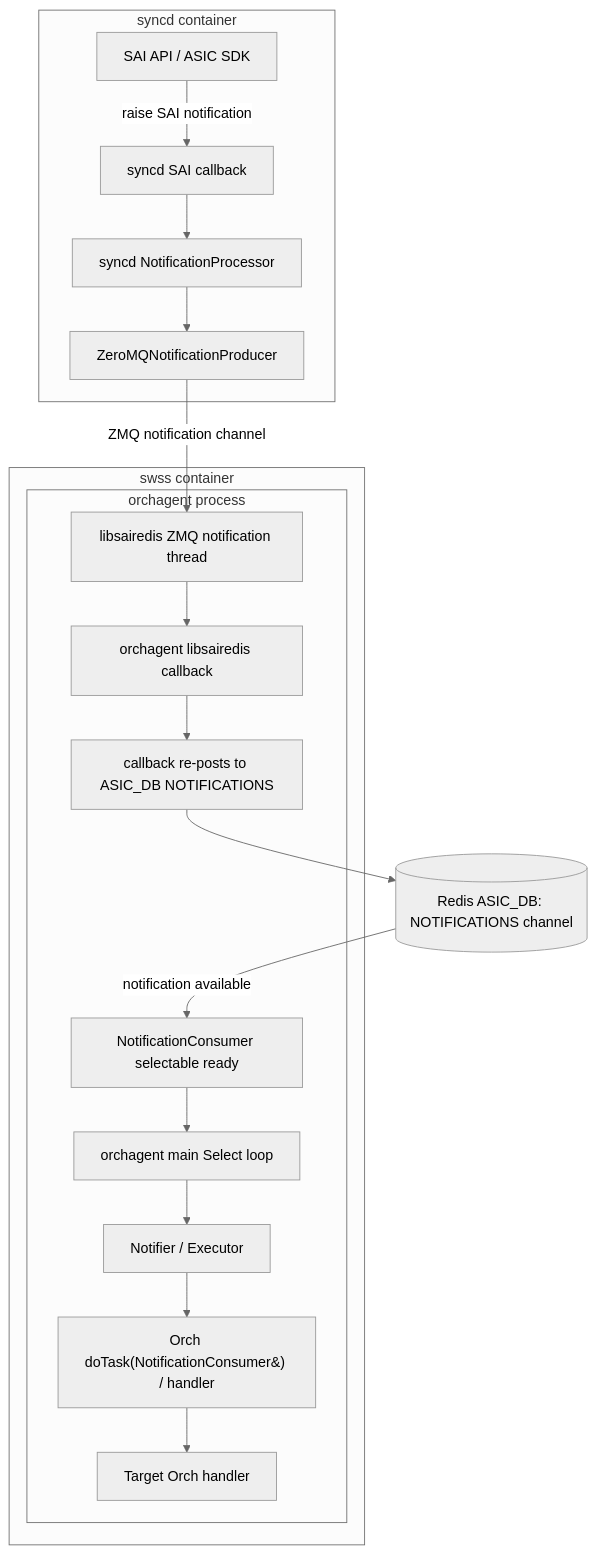
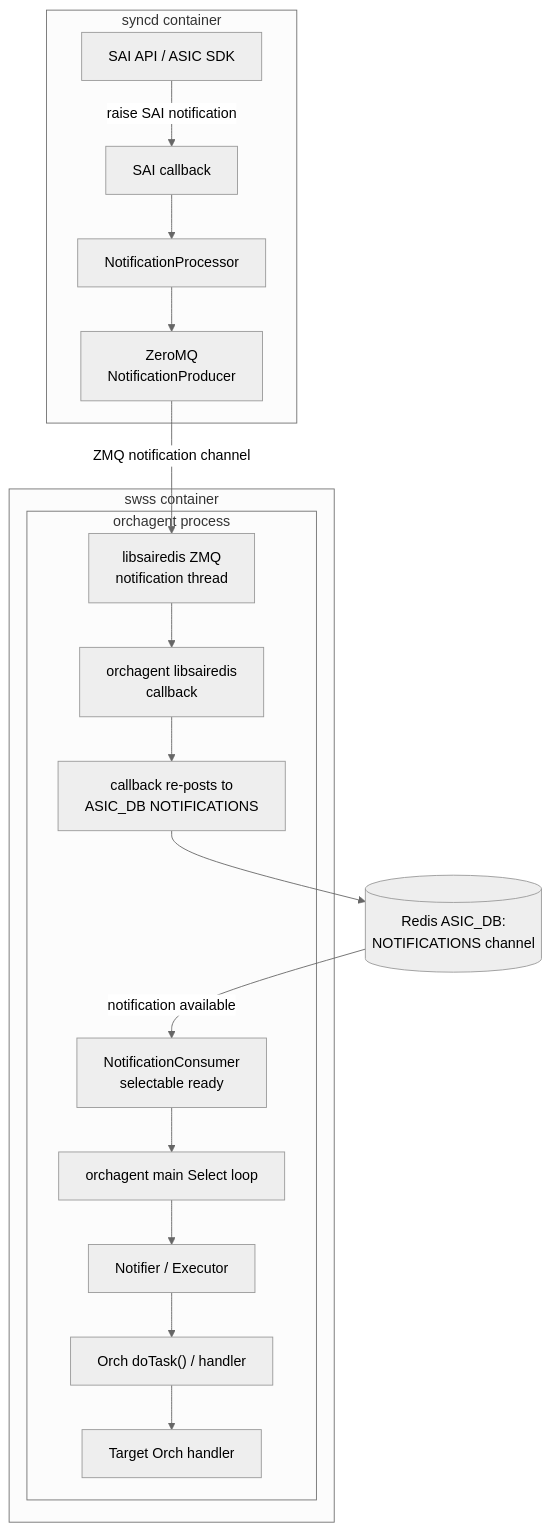
Before and after one commit to sonic-net/sonic-buildimage: the fourth of 11 diagrams in hld/zmq-southbound-sai-notification-handling.md, drawn with Mermaid (neutral theme). The commit also changed other lines of this file, not shown here.

Commit message:
Improve HLD Mermaid diagram rendering

````diff
--- a/hld/zmq-southbound-sai-notification-handling.md
+++ b/hld/zmq-southbound-sai-notification-handling.md
@@ -250,37 +250,37 @@
 ```mermaid
 flowchart TD
     subgraph syncdContainer["syncd container"]
         saiApi["SAI API / ASIC SDK"]
-        syncdCallback["syncd SAI callback"]
-        notificationProcessor["syncd NotificationProcessor"]
-        zmqProducer["ZeroMQNotificationProducer"]
+        syncdCallback["SAI callback"]
+        notificationProcessor["NotificationProcessor"]
+        zmqProducer["ZeroMQ<br/>NotificationProducer"]
     end
 
-    redisNotifications[("Redis ASIC_DB: NOTIFICATIONS channel")]
+    redisNotifications[("Redis ASIC_DB:<br/>NOTIFICATIONS channel")]
 
     subgraph swssContainer["swss container"]
         subgraph orchagentProcess["orchagent process"]
-            zmqThread["libsairedis ZMQ notification thread"]
-            saiCallback["orchagent libsairedis callback"]
-            redisRepost["callback re-posts to ASIC_DB NOTIFICATIONS"]
-            redisConsumerReady["NotificationConsumer selectable ready"]
+            zmqThread["libsairedis ZMQ<br/>notification thread"]
+            saiCallback["orchagent libsairedis<br/>callback"]
+            redisRepost["callback re-posts to<br/>ASIC_DB NOTIFICATIONS"]
+            redisConsumerReady["NotificationConsumer<br/>selectable ready"]
             mainLoop["orchagent main Select loop"]
             notifier["Notifier / Executor"]
-            redisDoTask["Orch doTask(NotificationConsumer&) / handler"]
+            redisDoTask["Orch doTask() / handler"]
             orchHandler["Target Orch handler"]
         end
     end
 
     saiApi -->|"raise SAI notification"| syncdCallback
     syncdCallback --> notificationProcessor
     notificationProcessor --> zmqProducer
     zmqProducer -->|"ZMQ notification channel"| zmqThread
     zmqThread --> saiCallback
     saiCallback --> redisRepost
     redisRepost --> redisNotifications
     redisNotifications -->|"notification available"| redisConsumerReady
     redisConsumerReady --> mainLoop
     mainLoop --> notifier
     notifier --> redisDoTask
     redisDoTask --> orchHandler
 ```
````
